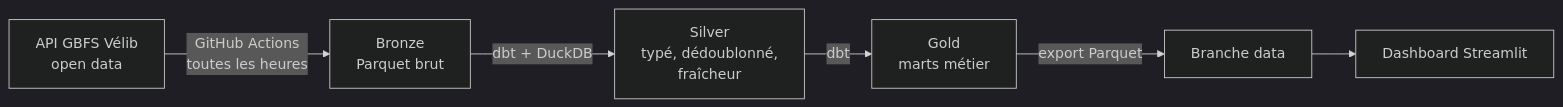
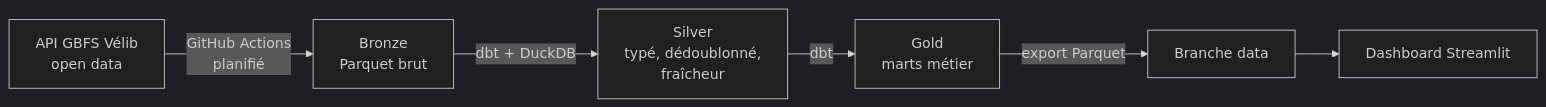
The diagram in README.md (LouedLE/velib-pipeline), drawn with Mermaid (dark theme) before and after one commit. The commit also changed other lines of this file and 6 other files, not shown here.

````diff
--- a/README.md
+++ b/README.md
@@ -15,8 +15,8 @@
 ```mermaid
 flowchart LR
-    A[API GBFS Vélib<br/>open data] -->|GitHub Actions<br/>toutes les heures| B[Bronze<br/>Parquet brut]
+    A[API GBFS Vélib<br/>open data] -->|GitHub Actions<br/>planifié| B[Bronze<br/>Parquet brut]
     B -->|dbt + DuckDB| C[Silver<br/>typé, dédoublonné,<br/>fraîcheur]
     C -->|dbt| D[Gold<br/>marts métier]
     D -->|export Parquet| E[Branche data]
     E --> F[Dashboard Streamlit]
 ```
````
